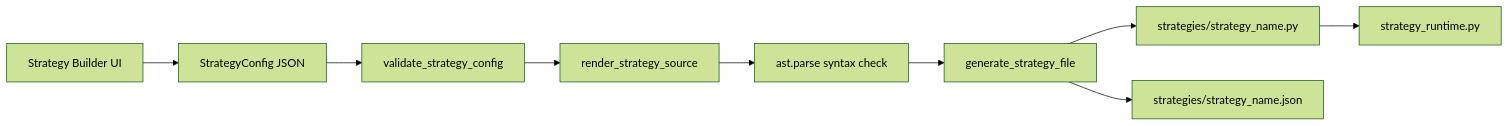
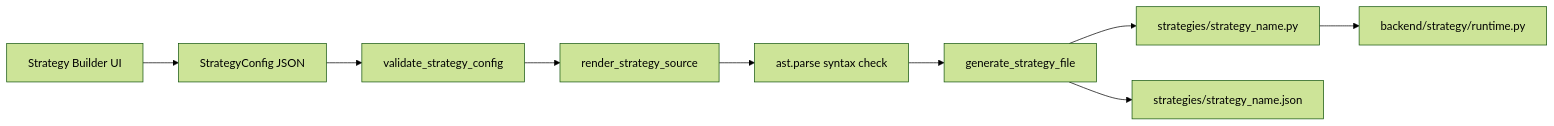
One commit to aloantony/strategy-forge changed the fifth of 5 diagrams in docs/DocsTradingSystemObsidian/architecture/c4.md. Above: the diagram before and after it, drawn with Mermaid (forest theme). The commit also changed other lines of this file and 673 other files, not shown here.

````diff
--- a/docs/DocsTradingSystemObsidian/architecture/c4.md
+++ b/docs/DocsTradingSystemObsidian/architecture/c4.md
@@ -115,11 +115,11 @@
 ```mermaid
 flowchart LR
   GUI["Strategy Builder UI"] --> Config["StrategyConfig JSON"]
   Config --> Validate["validate_strategy_config"]
   Validate --> Render["render_strategy_source"]
   Render --> AST["ast.parse syntax check"]
   AST --> Write["generate_strategy_file"]
   Write --> Py["strategies/strategy_name.py"]
   Write --> Json["strategies/strategy_name.json"]
-  Py --> Runtime["strategy_runtime.py"]
+  Py --> Runtime["backend/strategy/runtime.py"]
 ```
````
